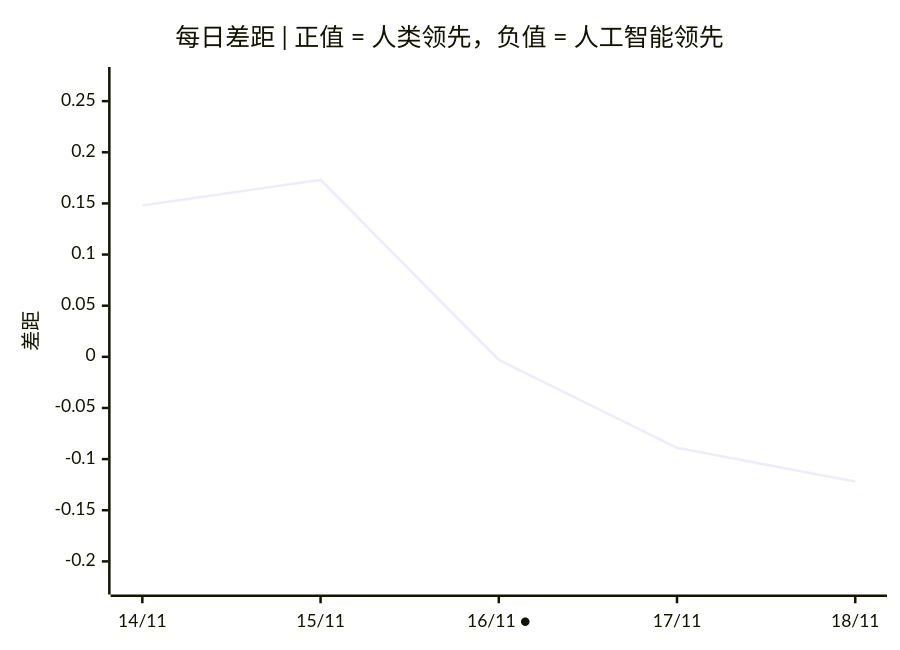
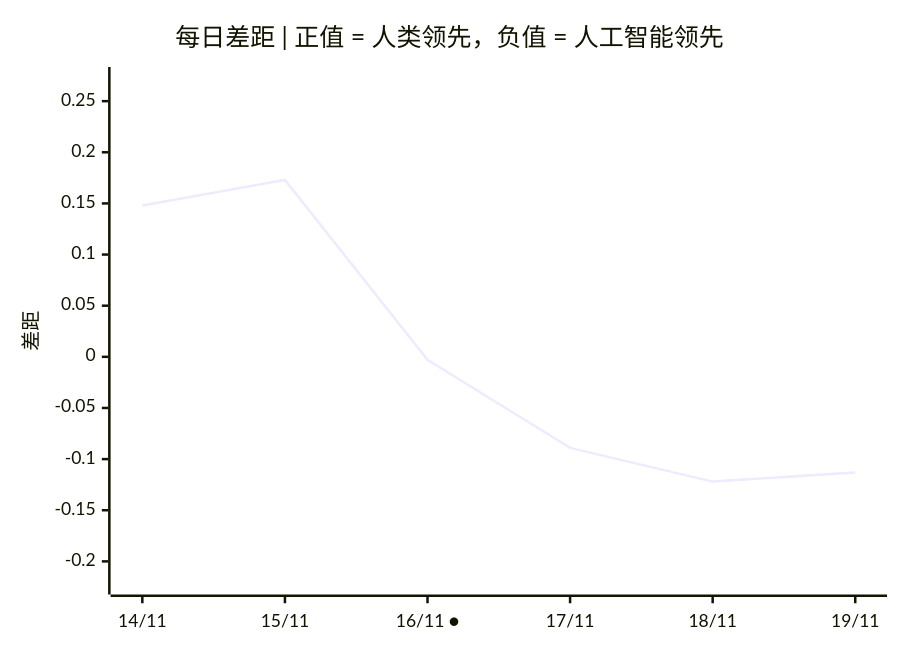
The third of 3 diagrams in README.zh.md (VQQLK/Human-AI-Monitor), drawn with Mermaid before and after one commit. The commit also changed other lines of this file and 3 other files, not shown here.

````diff
--- a/README.zh.md
+++ b/README.zh.md
@@ -56,7 +56,7 @@
 ```mermaid
 xychart-beta
     title "每日差距 | 正值 = 人类领先，负值 = 人工智能领先"
-    x-axis ["14/11", "15/11", "16/11 ●", "17/11", "18/11"]
+    x-axis ["14/11", "15/11", "16/11 ●", "17/11", "18/11", "19/11"]
     y-axis "差距" -0.222 --> 0.273
-    line [0.148, 0.173, -0.003, -0.089, -0.122]
+    line [0.148, 0.173, -0.003, -0.089, -0.122, -0.113]
 ```
````
